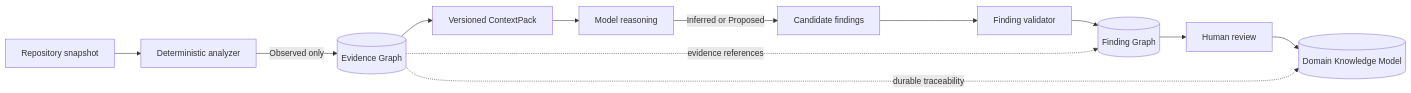
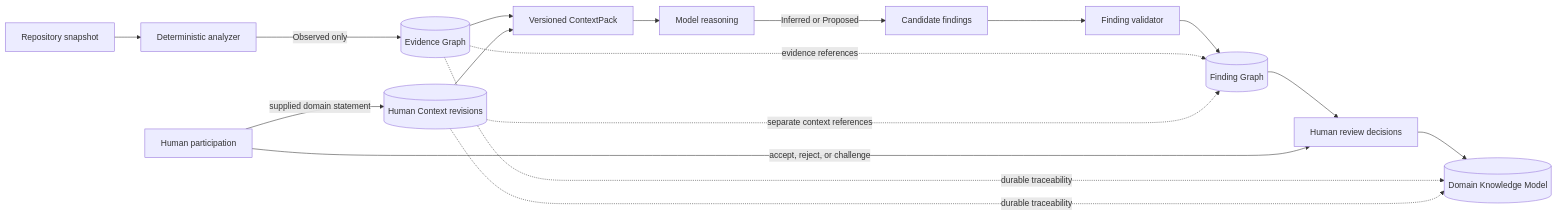
One commit to ksharik/domainLens changed the first of 3 diagrams in docs/architecture/05-evidence-architecture.md. Above: the diagram before and after it, drawn with Mermaid. The commit also changed other lines of this file and 24 other files, not shown here.

````diff
--- a/docs/architecture/05-evidence-architecture.md
+++ b/docs/architecture/05-evidence-architecture.md
@@ -21,19 +21,25 @@
 ```mermaid
 flowchart LR
     Repo[Repository snapshot]
     Analyzer[Deterministic analyzer]
     EG[(Evidence Graph)]
+    HC[(Human Context revisions)]
     Context[Versioned ContextPack]
     Model[Model reasoning]
     Candidate[Candidate findings]
     Validator[Finding validator]
     FG[(Finding Graph)]
-    Human[Human review]
+    Human[Human participation]
+    Review[Human review decisions]
     DKM[(Domain Knowledge Model)]
 
     Repo --> Analyzer -->|Observed only| EG
     EG --> Context --> Model -->|Inferred or Proposed| Candidate
-    Candidate --> Validator --> FG --> Human --> DKM
+    Human -->|supplied domain statement| HC --> Context
+    Candidate --> Validator --> FG --> Review --> DKM
+    Human -->|accept, reject, or challenge| Review
     EG -. evidence references .-> FG
+    HC -. separate context references .-> FG
     EG -. durable traceability .-> DKM
+    HC -. durable traceability .-> DKM
 ```
````
